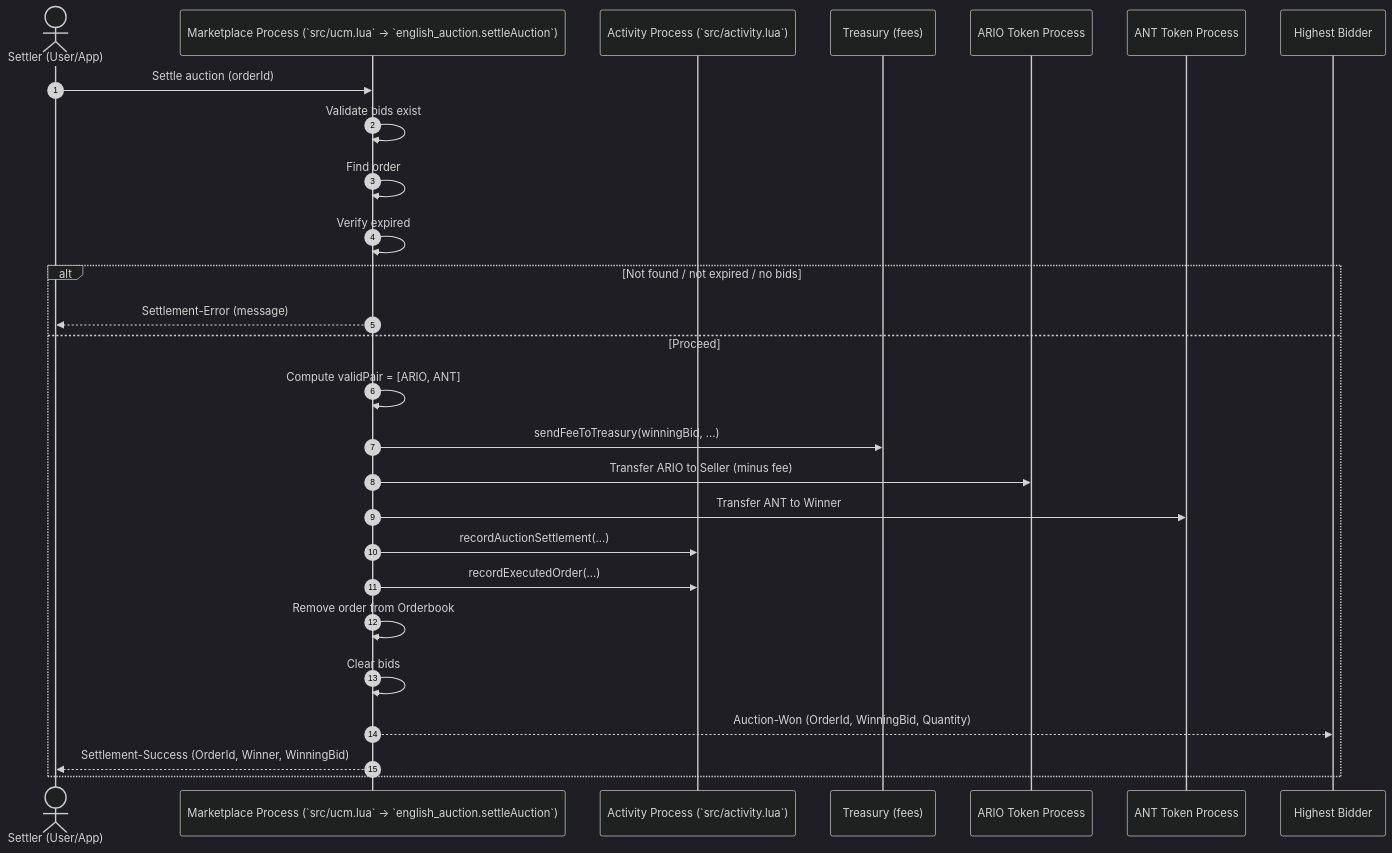
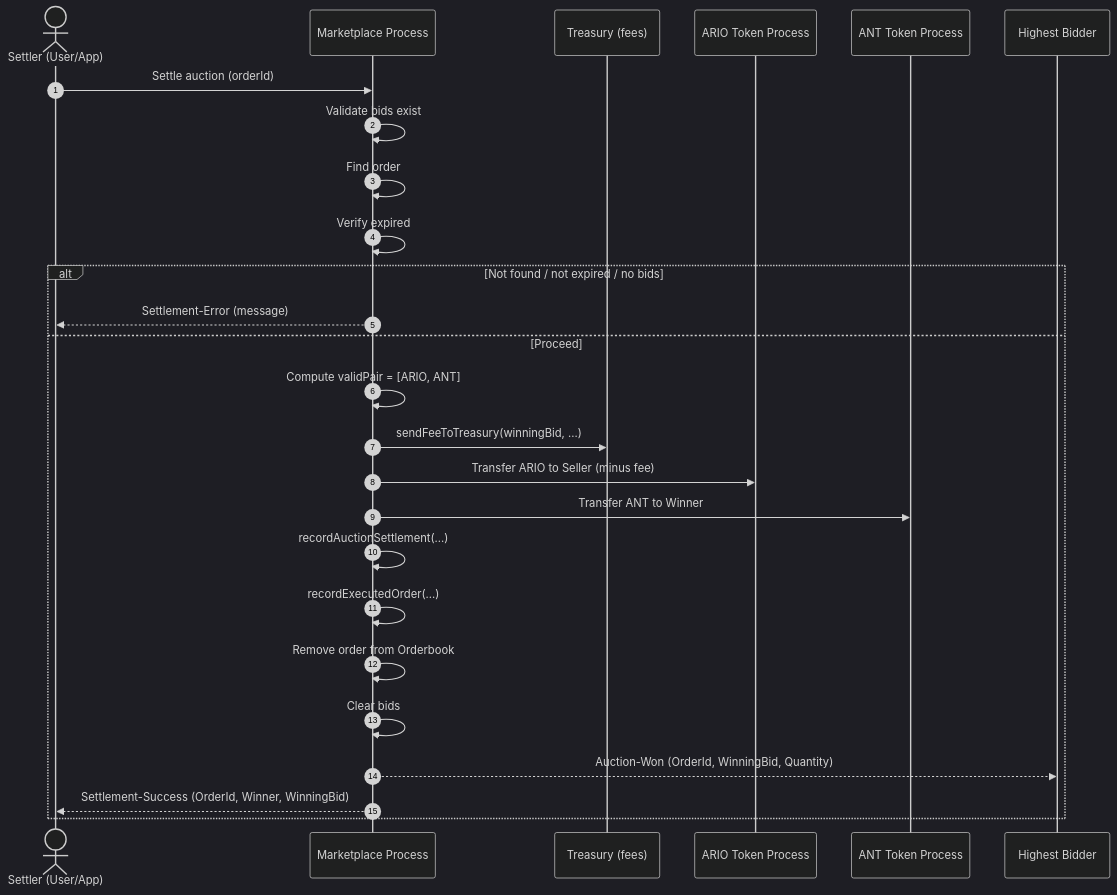
One commit to blockydevs/arns-marketplace-process changed the diagram in docs/english-settlement.md. Above: the diagram before and after it, drawn with Mermaid (dark theme). The commit also changed 9 other files, not shown here.

````diff
--- a/docs/english-settlement.md
+++ b/docs/english-settlement.md
@@ -3,30 +3,29 @@
 ```mermaid
 sequenceDiagram
     autonumber
     actor Settler as Settler (User/App)
-    participant Market as Marketplace Process (`src/ucm.lua` → `english_auction.settleAuction`)
-    participant Activity as Activity Process (`src/activity.lua`)
+    participant Market as Marketplace Process
     participant Treasury as Treasury (fees)
     participant ARIO as ARIO Token Process
     participant ANT as ANT Token Process
     participant Winner as Highest Bidder
 
     Settler->>Market: Settle auction (orderId)
     Market->>Market: Validate bids exist
     Market->>Market: Find order
     Market->>Market: Verify expired
     alt Not found / not expired / no bids
         Market-->>Settler: Settlement-Error (message)
     else Proceed
         Market->>Market: Compute validPair = [ARIO, ANT]
         Market->>Treasury: sendFeeToTreasury(winningBid, ...)
         Market->>ARIO: Transfer ARIO to Seller (minus fee)
         Market->>ANT: Transfer ANT to Winner
-        Market->>Activity: recordAuctionSettlement(...)
-        Market->>Activity: recordExecutedOrder(...)
+        Market->>Market: recordAuctionSettlement(...)
+        Market->>Market: recordExecutedOrder(...)
         Market->>Market: Remove order from Orderbook
         Market->>Market: Clear bids
         Market-->>Winner: Auction-Won (OrderId, WinningBid, Quantity)
         Market-->>Settler: Settlement-Success (OrderId, Winner, WinningBid)
     end
 ```
````
